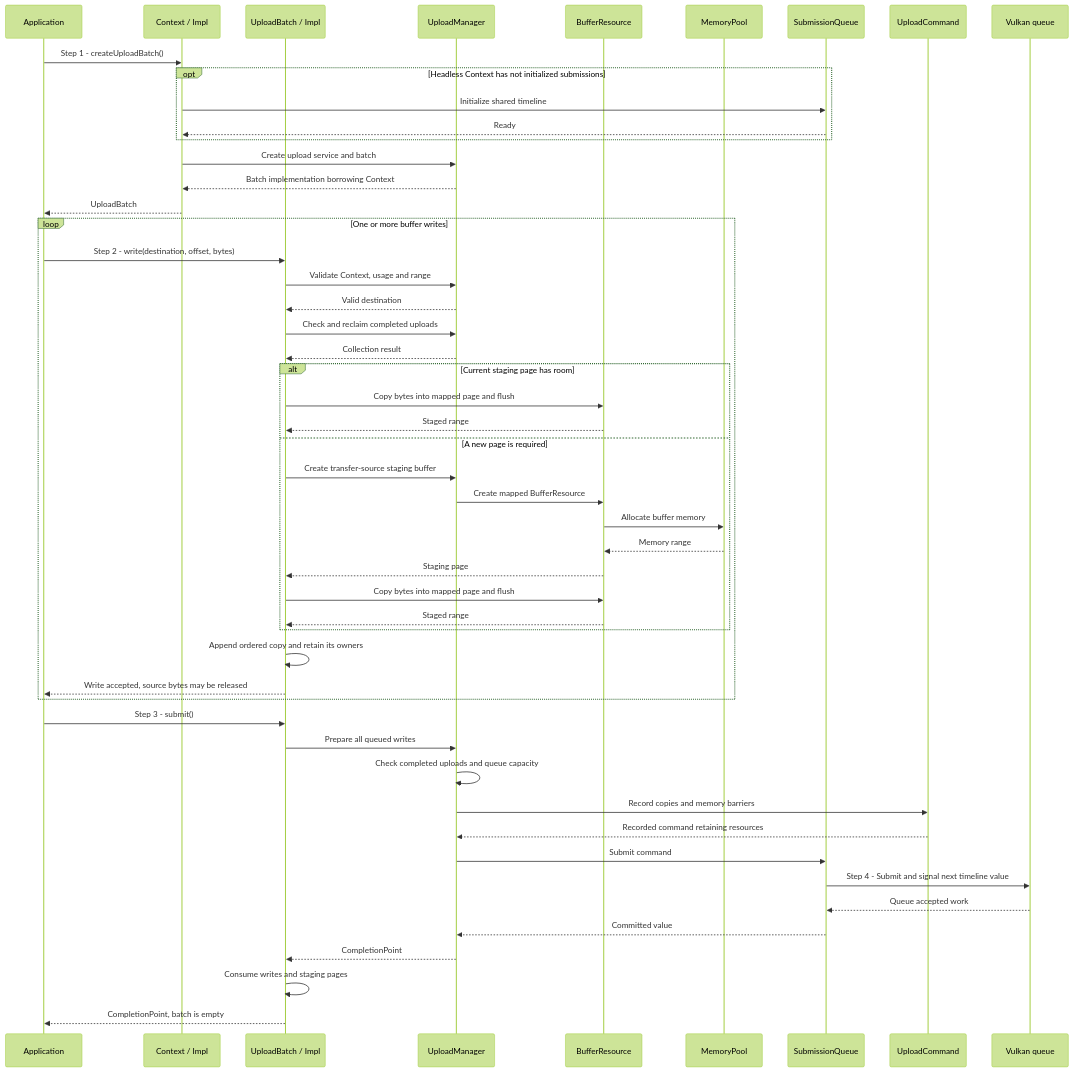
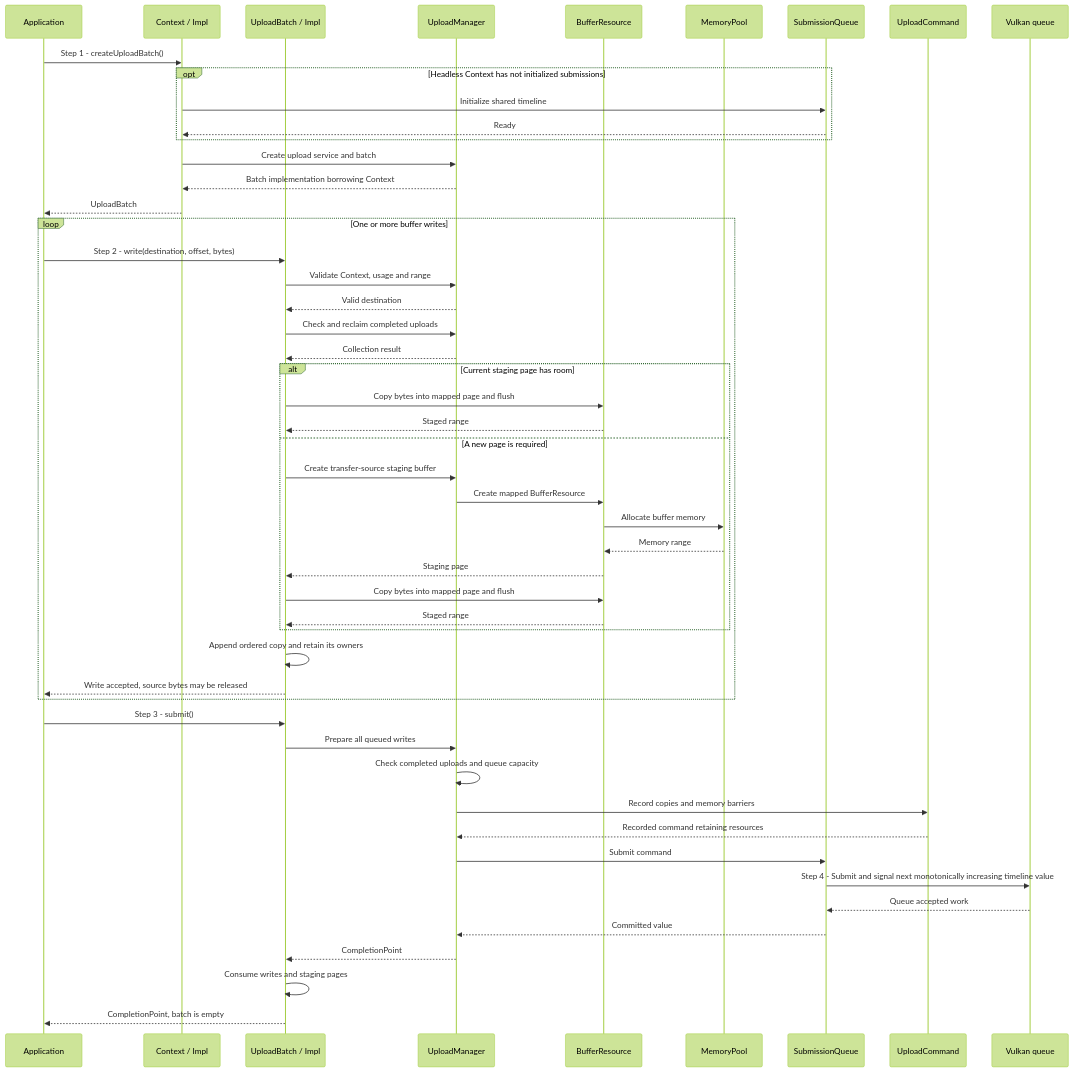
One commit to a-soltysik/Panda changed the diagram in docs/use-cases/upload-buffer.md. Above: the diagram before and after it, drawn with Mermaid (forest theme). The commit also changed other lines of this file and 21 other files, not shown here.

````diff
--- a/docs/use-cases/upload-buffer.md
+++ b/docs/use-cases/upload-buffer.md
@@ -48,53 +48,53 @@
 ```mermaid
 sequenceDiagram
     participant A as Application
     participant C as Context / Impl
     participant B as UploadBatch / Impl
     participant U as UploadManager
     participant R as BufferResource
     participant P as MemoryPool
     participant Q as SubmissionQueue
     participant K as UploadCommand
     participant V as Vulkan queue
     A->>C: Step 1 - createUploadBatch()
     opt Headless Context has not initialized submissions
         C->>Q: Initialize shared timeline
         Q-->>C: Ready
     end
     C->>U: Create upload service and batch
     U-->>C: Batch implementation borrowing Context
     C-->>A: UploadBatch
     loop One or more buffer writes
         A->>B: Step 2 - write(destination, offset, bytes)
         B->>U: Validate Context, usage and range
         U-->>B: Valid destination
         B->>U: Check and reclaim completed uploads
         U-->>B: Collection result
         alt Current staging page has room
             B->>R: Copy bytes into mapped page and flush
             R-->>B: Staged range
         else A new page is required
             B->>U: Create transfer-source staging buffer
             U->>R: Create mapped BufferResource
             R->>P: Allocate buffer memory
             P-->>R: Memory range
             R-->>B: Staging page
             B->>R: Copy bytes into mapped page and flush
             R-->>B: Staged range
         end
         B->>B: Append ordered copy and retain its owners
         B-->>A: Write accepted, source bytes may be released
     end
     A->>B: Step 3 - submit()
     B->>U: Prepare all queued writes
     U->>U: Check completed uploads and queue capacity
     U->>K: Record copies and memory barriers
     K-->>U: Recorded command retaining resources
     U->>Q: Submit command
-    Q->>V: Step 4 - Submit and signal next timeline value
+    Q->>V: Step 4 - Submit and signal next monotonically increasing timeline value
     V-->>Q: Queue accepted work
     Q-->>U: Committed value
     U-->>B: CompletionPoint
     B->>B: Consume writes and staging pages
     B-->>A: CompletionPoint, batch is empty
 ```
````
